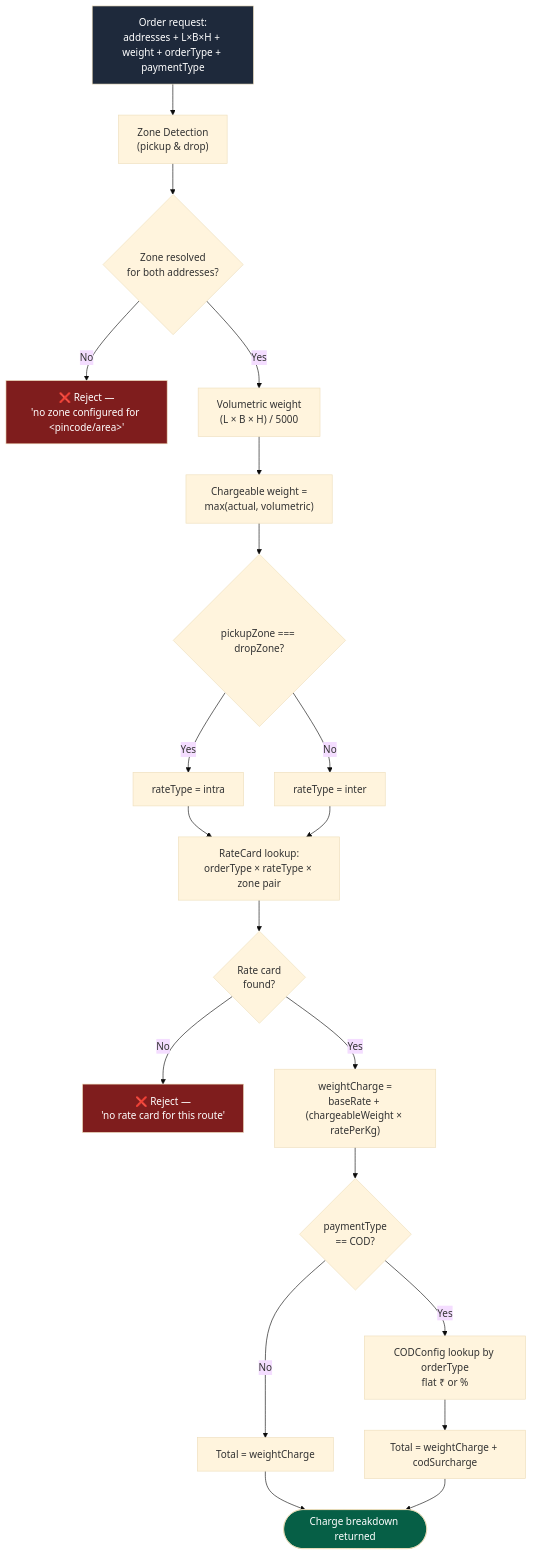
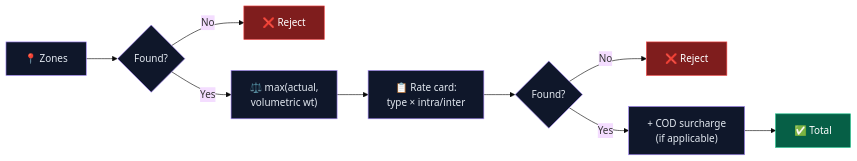
Before and after one commit to mittalsaks/LastMile_Delivery_Tracker: the first of 4 diagrams in SYSTEM_DESIGN.md, drawn with Mermaid (base theme). The commit also changed other lines of this file, not shown here.

````diff
--- a/SYSTEM_DESIGN.md
+++ b/SYSTEM_DESIGN.md
@@ -20,27 +23,15 @@
 ```mermaid
-flowchart TD
-    A["Order request:<br/>addresses + L×B×H + weight + orderType + paymentType"] --> B["Zone Detection<br/>(pickup & drop)"]
-    B --> C{"Zone resolved<br/>for both addresses?"}
-    C -- "No" --> C1["❌ Reject —<br/>'no zone configured for &lt;pincode/area&gt;'"]
-    C -- "Yes" --> D["Volumetric weight<br/>(L × B × H) / 5000"]
-    D --> E["Chargeable weight =<br/>max(actual, volumetric)"]
-    E --> F{"pickupZone === dropZone?"}
-    F -- "Yes" --> G1["rateType = intra"]
-    F -- "No" --> G2["rateType = inter"]
-    G1 --> H["RateCard lookup:<br/>orderType × rateType × zone pair"]
-    G2 --> H
-    H --> I{"Rate card<br/>found?"}
-    I -- "No" --> I1["❌ Reject —<br/>'no rate card for this route'"]
-    I -- "Yes" --> J["weightCharge =<br/>baseRate + (chargeableWeight × ratePerKg)"]
-    J --> K{"paymentType<br/>== COD?"}
-    K -- "No" --> M["Total = weightCharge"]
-    K -- "Yes" --> L["CODConfig lookup by orderType<br/>flat ₹ or %"]
-    L --> M2["Total = weightCharge + codSurcharge"]
-    M --> N(["Charge breakdown returned"])
-    M2 --> N
+flowchart LR
+    classDef s fill:#0f172a,stroke:#a78bfa,color:#e2e8f0
+    classDef e fill:#7f1d1d,stroke:#ef4444,color:#fff
+    classDef r fill:#065f46,stroke:#10b981,color:#fff
 
-    style A fill:#1e293b,color:#fff
-    style N fill:#065f46,color:#fff
-    style C1 fill:#7f1d1d,color:#fff
-    style I1 fill:#7f1d1d,color:#fff
+    A["📍 Zones"]:::s --> C{"Found?"}:::s
+    C -- No --> C1["❌ Reject"]:::e
+    C -- Yes --> D["⚖️ max(actual,<br/>volumetric wt)"]:::s
+    D --> E["📋 Rate card:<br/>type × intra/inter"]:::s
+    E --> F{"Found?"}:::s
+    F -- No --> F1["❌ Reject"]:::e
+    F -- Yes --> G["+ COD surcharge<br/>(if applicable)"]:::s
+    G --> H["✅ Total"]:::r
 ```
````
